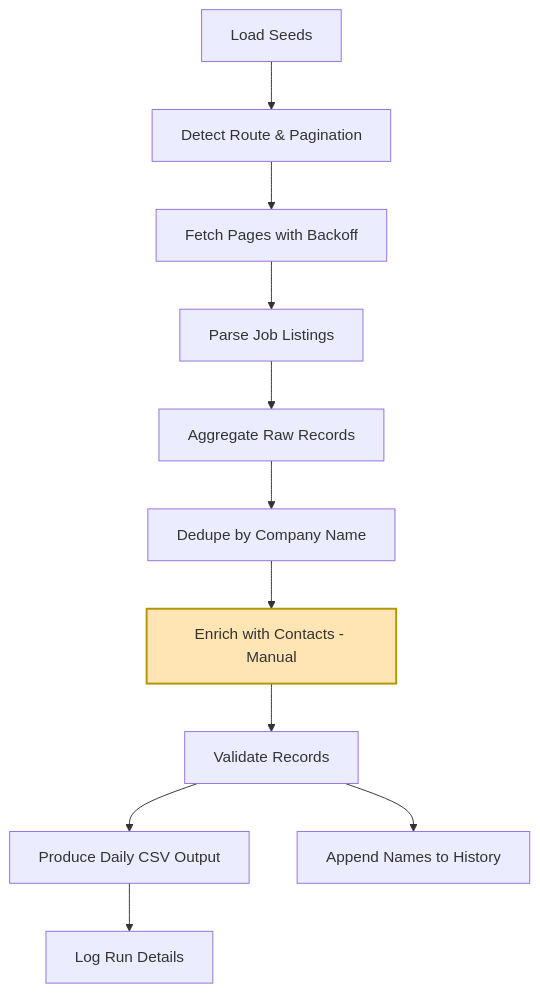
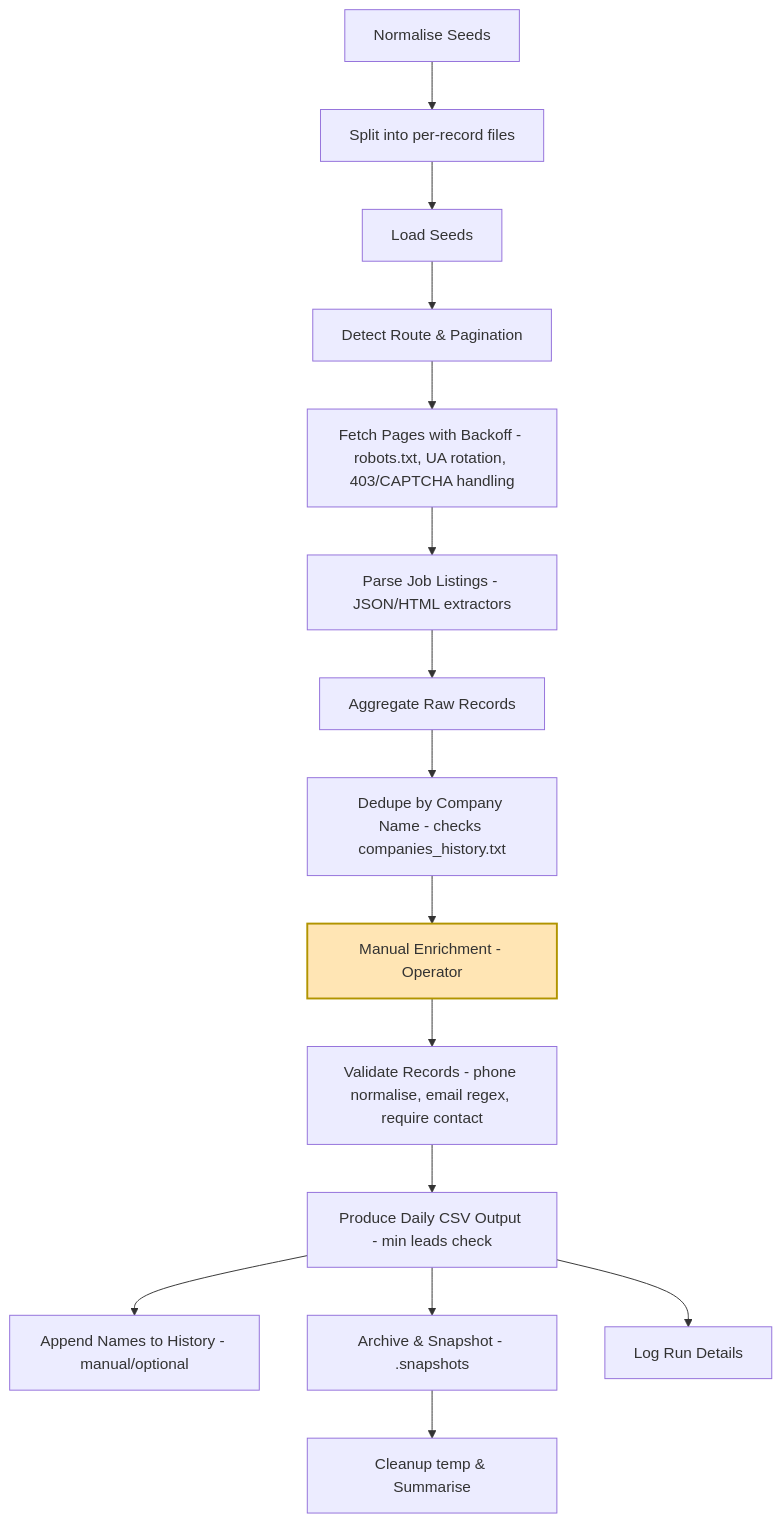
Before and after one commit to 2MuchC0ff33/elvis: the first of 11 diagrams in README.md, drawn with Mermaid. The commit also changed other lines of this file and 10 other files, not shown here.

````diff
--- a/README.md
+++ b/README.md
@@ -10,16 +10,19 @@
 ```mermaid
 flowchart TD
-    A[Load Seeds] --> B[Detect Route & Pagination]
-    B --> C[Fetch Pages with Backoff]
-    C --> D[Parse Job Listings]
-    D --> E[Aggregate Raw Records]
-    E --> F[Dedupe by Company Name]
-    F --> G[Enrich with Contacts - Manual]
-    G --> H[Validate Records]
-    H --> I[Produce Daily CSV Output]
-    H --> J[Append Names to History]
-    I --> K[Log Run Details]
-
-    style G fill:#ffe5b4,stroke:#b19400,stroke-width:2px
+  N[Normalise Seeds] --> S[Split into per-record files]
+  S --> A[Load Seeds]
+  A --> B[Detect Route & Pagination]
+  B --> C[Fetch Pages with Backoff - robots.txt, UA rotation, 403/CAPTCHA handling]
+  C --> D[Parse Job Listings - JSON/HTML extractors]
+  D --> E[Aggregate Raw Records]
+  E --> F[Dedupe by Company Name - checks companies_history.txt]
+  F --> O[Manual Enrichment - Operator]
+  O --> G[Validate Records - phone normalise, email regex, require contact]
+  G --> H[Produce Daily CSV Output - min leads check]
+  H --> I[Append Names to History - manual/optional]
+  H --> J[Archive & Snapshot - .snapshots]
+  J --> L[Cleanup temp & Summarise]
+  H --> K[Log Run Details]
+  style O fill:#ffe5b4,stroke:#b19400,stroke-width:2px
 
 ```
````
